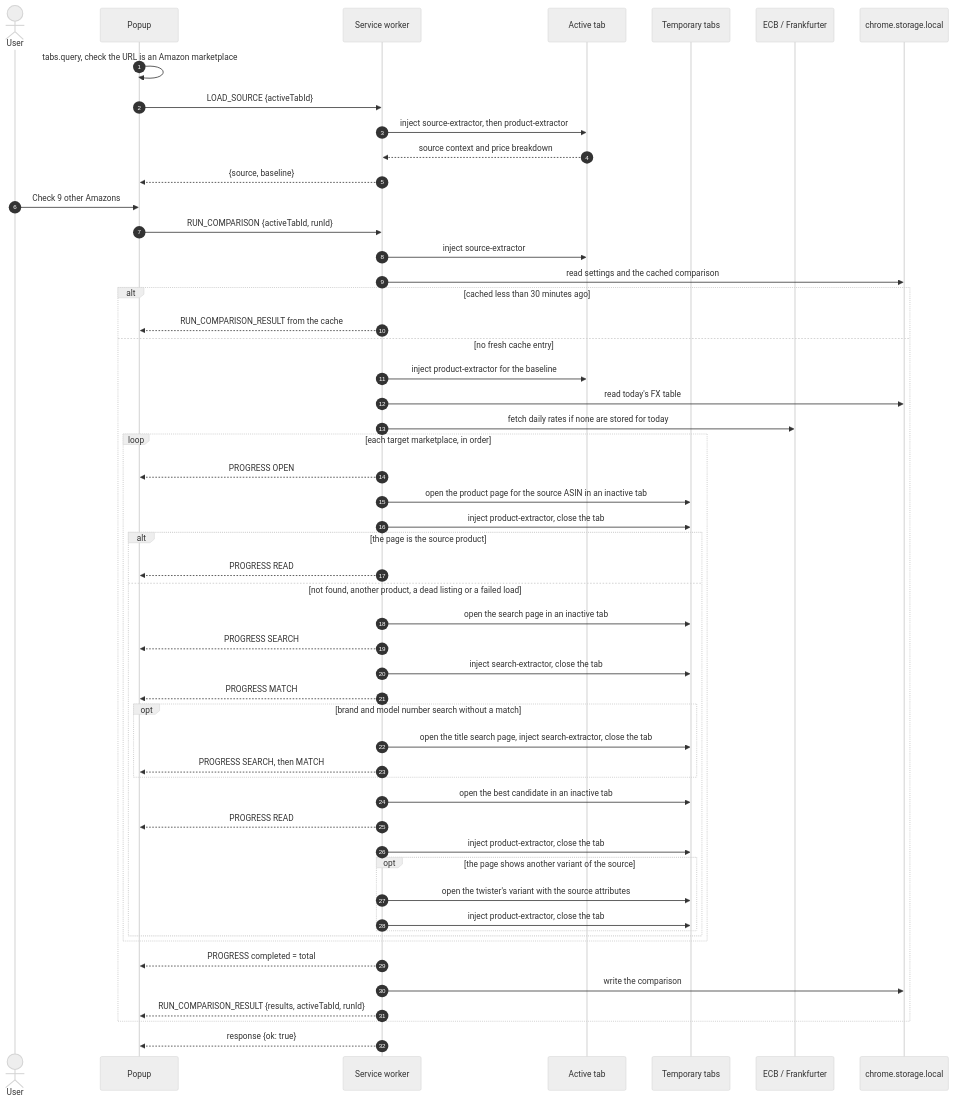
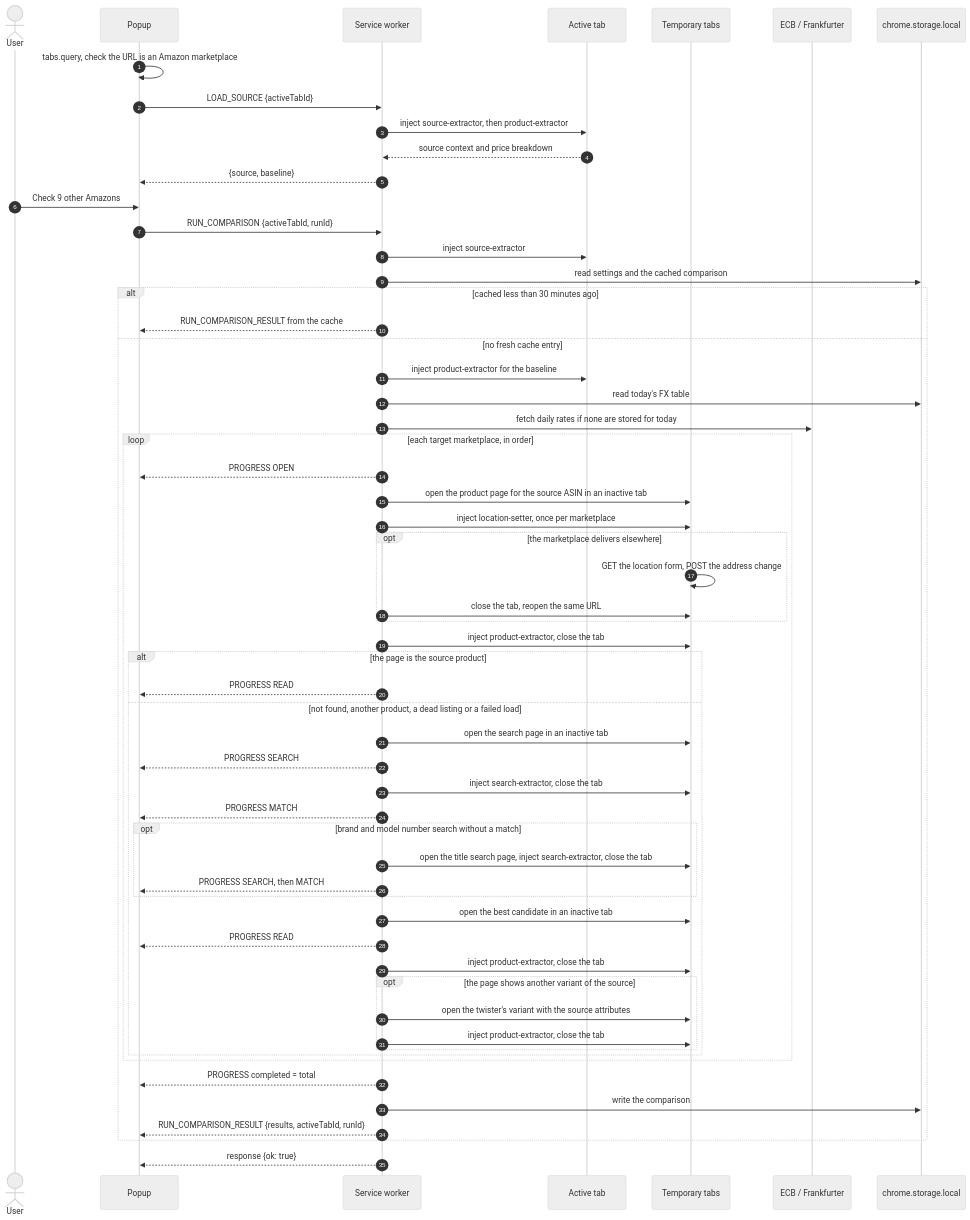
The diagram in docs/architecture.md (dortort/across-amazon), drawn with Mermaid (neutral theme) before and after one commit. The commit also changed other lines of this file, not shown here.

Commit message:
docs(architecture): describe the delivery location step and the ISO destination

````diff
--- a/docs/architecture.md
+++ b/docs/architecture.md
@@ -14,56 +14,61 @@
 ```mermaid
 sequenceDiagram
     autonumber
     actor User
     participant Popup
     participant SW as Service worker
     participant Tab as Active tab
     participant Temp as Temporary tabs
     participant FX as ECB / Frankfurter
     participant Store as chrome.storage.local
 
     Popup->>Popup: tabs.query, check the URL is an Amazon marketplace
     Popup->>SW: LOAD_SOURCE {activeTabId}
     SW->>Tab: inject source-extractor, then product-extractor
     Tab-->>SW: source context and price breakdown
     SW-->>Popup: {source, baseline}
     User->>Popup: Check 9 other Amazons
     Popup->>SW: RUN_COMPARISON {activeTabId, runId}
     SW->>Tab: inject source-extractor
     SW->>Store: read settings and the cached comparison
     alt cached less than 30 minutes ago
         SW-->>Popup: RUN_COMPARISON_RESULT from the cache
     else no fresh cache entry
         SW->>Tab: inject product-extractor for the baseline
         SW->>Store: read today's FX table
         SW->>FX: fetch daily rates if none are stored for today
         loop each target marketplace, in order
             SW-->>Popup: PROGRESS OPEN
             SW->>Temp: open the product page for the source ASIN in an inactive tab
+            SW->>Temp: inject location-setter, once per marketplace
+            opt the marketplace delivers elsewhere
+                Temp->>Temp: GET the location form, POST the address change
+                SW->>Temp: close the tab, reopen the same URL
+            end
             SW->>Temp: inject product-extractor, close the tab
             alt the page is the source product
                 SW-->>Popup: PROGRESS READ
             else not found, another product, a dead listing or a failed load
                 SW->>Temp: open the search page in an inactive tab
                 SW-->>Popup: PROGRESS SEARCH
                 SW->>Temp: inject search-extractor, close the tab
                 SW-->>Popup: PROGRESS MATCH
                 opt brand and model number search without a match
                     SW->>Temp: open the title search page, inject search-extractor, close the tab
                     SW-->>Popup: PROGRESS SEARCH, then MATCH
                 end
                 SW->>Temp: open the best candidate in an inactive tab
                 SW-->>Popup: PROGRESS READ
                 SW->>Temp: inject product-extractor, close the tab
                 opt the page shows another variant of the source
                     SW->>Temp: open the twister's variant with the source attributes
                     SW->>Temp: inject product-extractor, close the tab
                 end
             end
         end
         SW-->>Popup: PROGRESS completed = total
         SW->>Store: write the comparison
         SW-->>Popup: RUN_COMPARISON_RESULT {results, activeTabId, runId}
     end
     SW-->>Popup: response {ok: true}
 ```
````
